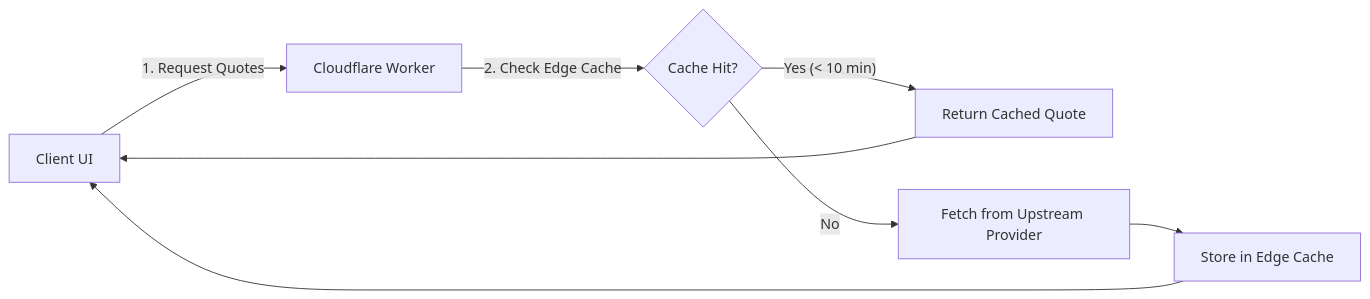
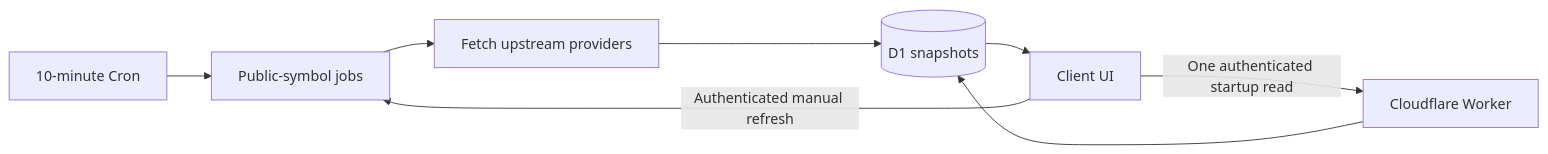
The second of 2 diagrams in docs/architecture.md (SotaYanagisawa/kabutora), drawn with Mermaid before and after one commit. The commit also changed other lines of this file and 224 other files, not shown here.

Commit message:
refactor: harden reliability and organize architecture

````diff
--- a/docs/architecture.md
+++ b/docs/architecture.md
@@ -76,10 +80,10 @@
 ```mermaid
 flowchart LR
-    Client["Client UI"] -->|"1. Request Quotes"| Edge["Cloudflare Worker"]
-    Edge -->|"2. Check Edge Cache"| Cache{"Cache Hit?"}
-    Cache -- "Yes (< 10 min)" --> Hit["Return Cached Quote"]
-    Cache -- "No" --> Fetch["Fetch from Upstream Provider"]
-    Fetch --> Store["Store in Edge Cache"]
-    Store --> Client
-    Hit --> Client
+    Cron["10-minute Cron"] --> Queue["Public-symbol jobs"]
+    Queue --> Fetch["Fetch upstream providers"]
+    Fetch --> D1[("D1 snapshots")]
+    Client["Client UI"] -->|"One authenticated startup read"| Edge["Cloudflare Worker"]
+    Edge --> D1
+    D1 --> Client
+    Client -->|"Authenticated manual refresh"| Queue
 ```
````
